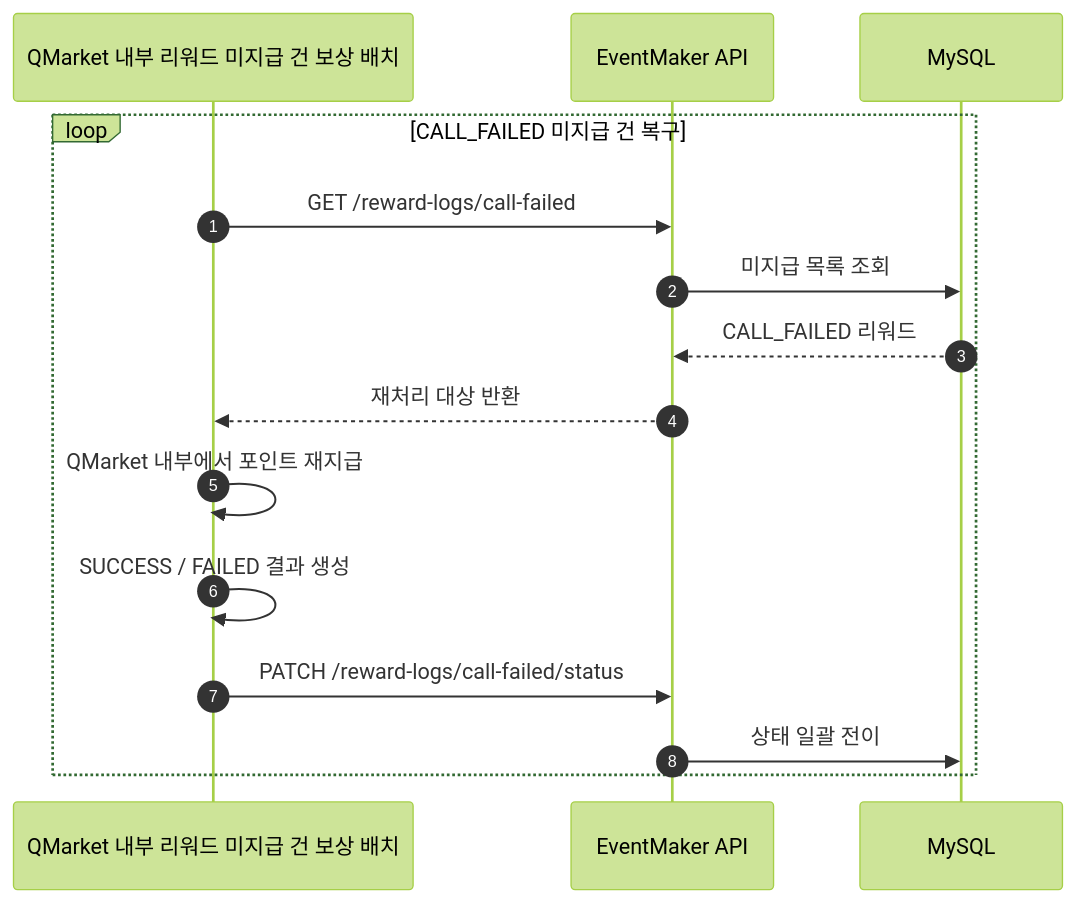
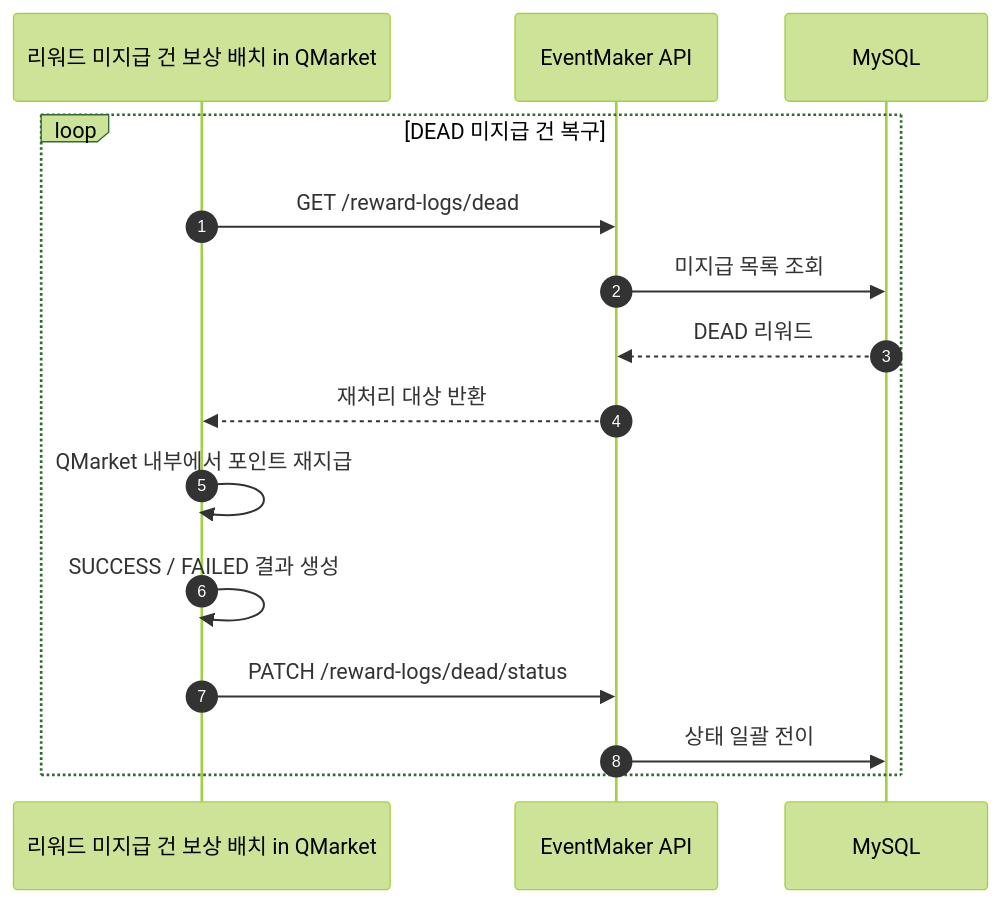
The second of 3 diagrams in content/projects/eventmaker.md (maruhxn/portfolio), drawn with Mermaid (forest theme) before and after one commit. The commit also changed other lines of this file and 3 other files, not shown here.

````diff
--- a/content/projects/eventmaker.md
+++ b/content/projects/eventmaker.md
@@ -120,18 +116,18 @@
 ```mermaid
 sequenceDiagram
     autonumber
-    participant Batch as QMarket 내부 리워드 미지급 건 보상 배치
+    participant Batch as 리워드 미지급 건 보상 배치 in QMarket
     participant API as EventMaker API
     participant DB as MySQL
 
-    loop CALL_FAILED 미지급 건 복구
-        Batch->>API: GET /reward-logs/call-failed
+    loop DEAD 미지급 건 복구
+        Batch->>API: GET /reward-logs/dead
         API->>DB: 미지급 목록 조회
-        DB-->>API: CALL_FAILED 리워드
+        DB-->>API: DEAD 리워드
         API-->>Batch: 재처리 대상 반환
         Batch->>Batch: QMarket 내부에서 포인트 재지급
         Batch->>Batch: SUCCESS / FAILED 결과 생성
-        Batch->>API: PATCH /reward-logs/call-failed/status
+        Batch->>API: PATCH /reward-logs/dead/status
         API->>DB: 상태 일괄 전이
     end
 ```
````
